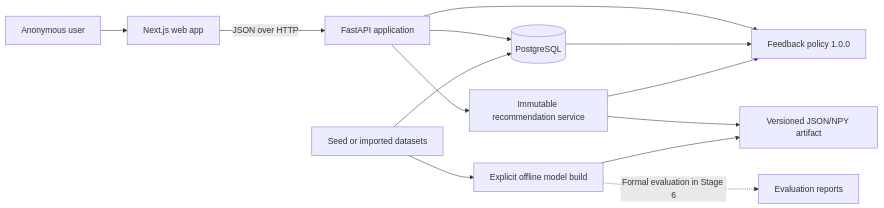
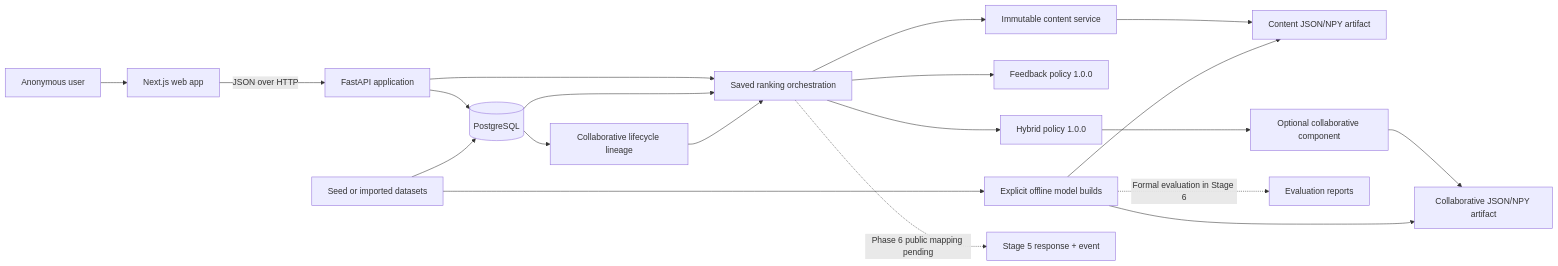
One commit to Khang206206/gamelens-ai changed the diagram in README.md. Above: the diagram before and after it, drawn with Mermaid. The commit also changed other lines of this file and 12 other files, not shown here.

````diff
--- a/README.md
+++ b/README.md
@@ -145,15 +159,22 @@
 ```mermaid
 flowchart LR
     U["Anonymous user"] --> W["Next.js web app"]
     W -->|"JSON over HTTP"| A["FastAPI application"]
     A --> P[("PostgreSQL")]
-    A --> R["Immutable recommendation service"]
-    R --> M["Versioned JSON/NPY artifact"]
-    A --> F["Feedback policy 1.0.0"]
-    P --> F
-    R --> F
-    T["Explicit offline model build"] --> M
+    A --> O["Saved ranking orchestration"]
+    O --> R["Immutable content service"]
+    R --> M["Content JSON/NPY artifact"]
+    O --> F["Feedback policy 1.0.0"]
+    O --> H["Hybrid policy 1.0.0"]
+    H --> C["Optional collaborative component"]
+    C --> CM["Collaborative JSON/NPY artifact"]
+    P --> O
+    P --> L["Collaborative lifecycle lineage"]
+    L --> O
+    T["Explicit offline model builds"] --> M
+    T --> CM
+    O -. "Phase 6 public mapping pending" .-> E5["Stage 5 response + event"]
     T -. "Formal evaluation in Stage 6" .-> E["Evaluation reports"]
     D["Seed or imported datasets"] --> T
     D --> P
 ```
````
